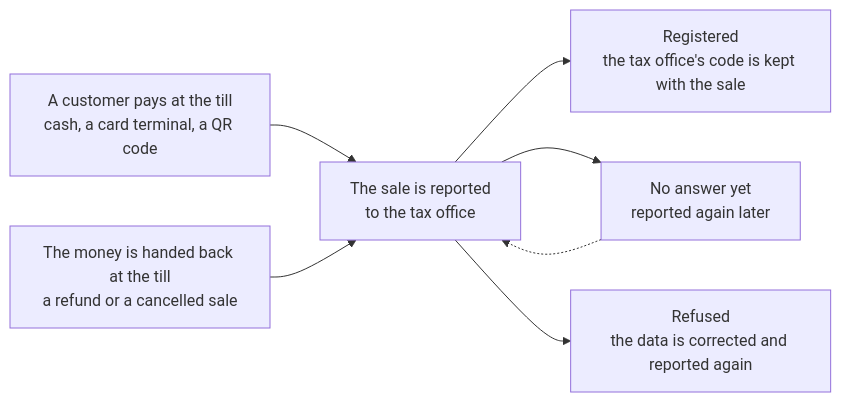
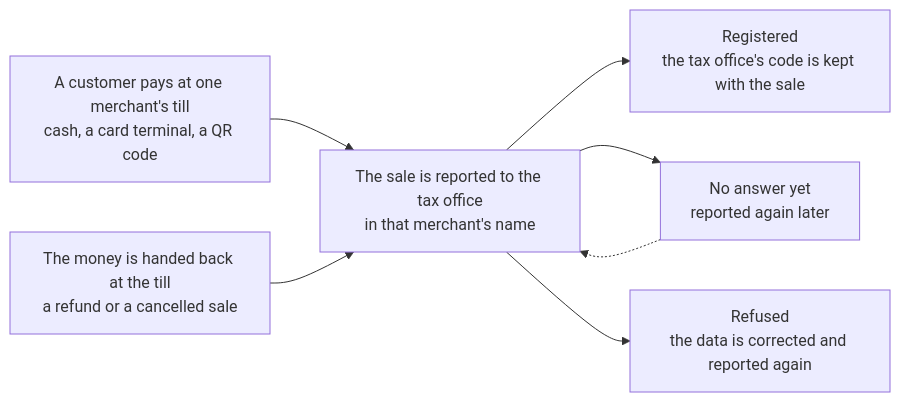
Before and after one commit to landsman/eet-client: the diagram in README.md, drawn with Mermaid. The commit also changed other lines of this file, not shown here.

Commit message:
docs: say the library serves many merchants, each reporting in their own name

````diff
--- a/README.md
+++ b/README.md
@@ -8,9 +12,9 @@
 ```mermaid
 flowchart LR
-    pay["A customer pays at the till<br/>cash, a card terminal, a QR code"] --> report["The sale is reported<br/>to the tax office"]
+    pay["A customer pays at one merchant's till<br/>cash, a card terminal, a QR code"] --> report["The sale is reported to the tax office<br/>in that merchant's name"]
     refund["The money is handed back at the till<br/>a refund or a cancelled sale"] --> report
     report --> ok["Registered<br/>the tax office's code is kept with the sale"]
     report --> wait["No answer yet<br/>reported again later"]
     report --> refused["Refused<br/>the data is corrected and reported again"]
     wait -.-> report
 ```
````
